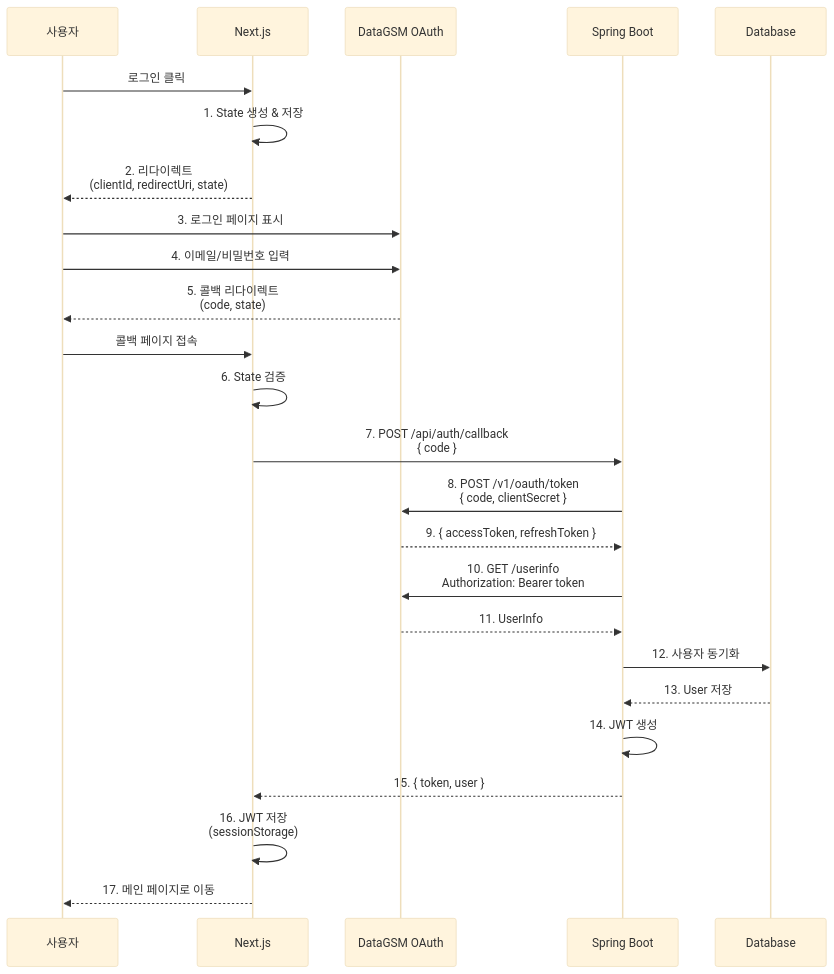
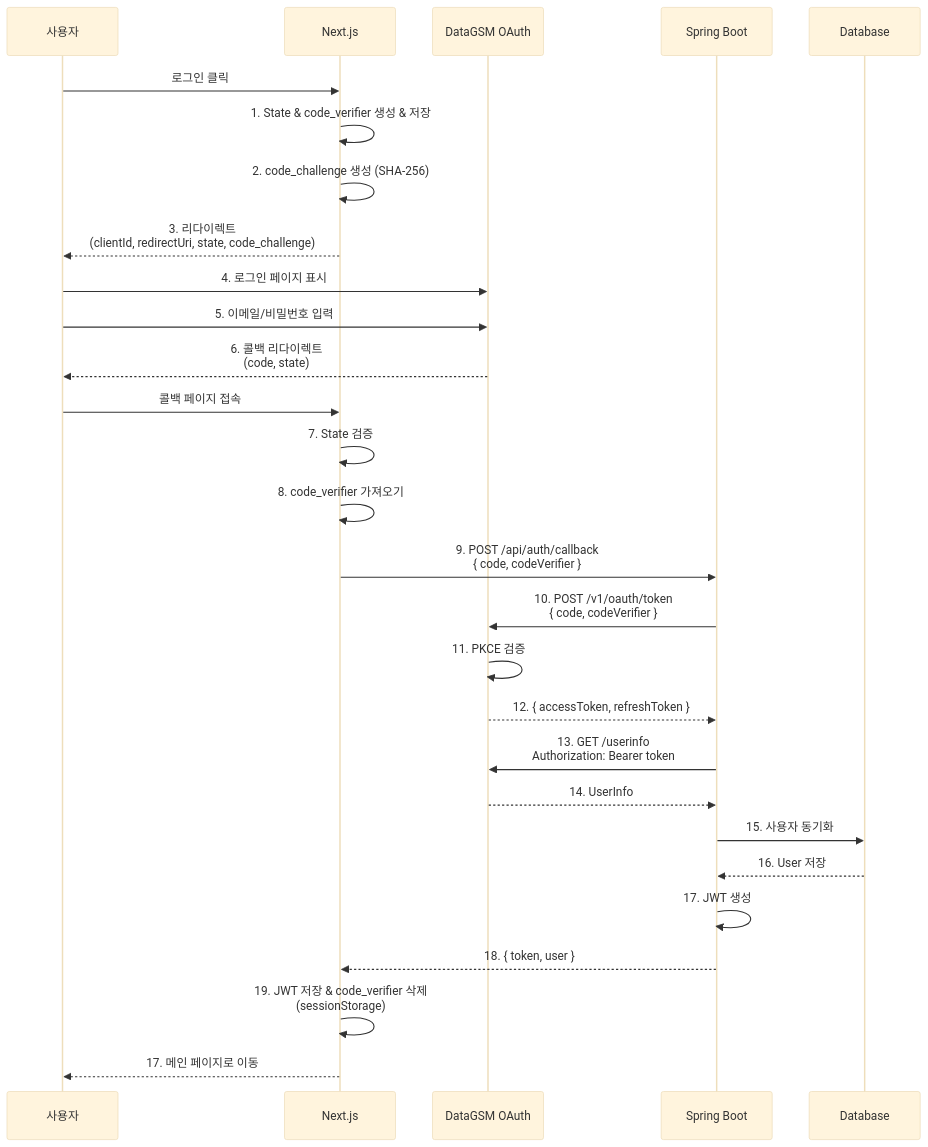
The fourth of 5 diagrams in apps/client/src/app/docs/oauth/examples/nextjs-spring-boot/page.mdx (themoment-team/datagsm-front), drawn with Mermaid (base theme) before and after one commit. The commit also changed other lines of this file and 10 other files, not shown here.

````diff
--- a/apps/client/src/app/docs/oauth/examples/nextjs-spring-boot/page.mdx
+++ b/apps/client/src/app/docs/oauth/examples/nextjs-spring-boot/page.mdx
@@ -1253,28 +1318,31 @@
 ```mermaid
 sequenceDiagram
     participant U as 사용자
     participant N as Next.js
     participant O as DataGSM OAuth
     participant S as Spring Boot
     participant D as Database
 
     U->>N: 로그인 클릭
-    N->>N: 1. State 생성 & 저장
-    N-->>U: 2. 리다이렉트<br/>(clientId, redirectUri, state)
-    U->>O: 3. 로그인 페이지 표시
-    U->>O: 4. 이메일/비밀번호 입력
-    O-->>U: 5. 콜백 리다이렉트<br/>(code, state)
+    N->>N: 1. State & code_verifier 생성 & 저장
+    N->>N: 2. code_challenge 생성 (SHA-256)
+    N-->>U: 3. 리다이렉트<br/>(clientId, redirectUri, state, code_challenge)
+    U->>O: 4. 로그인 페이지 표시
+    U->>O: 5. 이메일/비밀번호 입력
+    O-->>U: 6. 콜백 리다이렉트<br/>(code, state)
     U->>N: 콜백 페이지 접속
-    N->>N: 6. State 검증
-    N->>S: 7. POST /api/auth/callback<br/>{ code }
-    S->>O: 8. POST /v1/oauth/token<br/>{ code, clientSecret }
-    O-->>S: 9. { accessToken, refreshToken }
-    S->>O: 10. GET /userinfo<br/>Authorization: Bearer token
-    O-->>S: 11. UserInfo
-    S->>D: 12. 사용자 동기화
-    D-->>S: 13. User 저장
-    S->>S: 14. JWT 생성
-    S-->>N: 15. { token, user }
-    N->>N: 16. JWT 저장<br/>(sessionStorage)
+    N->>N: 7. State 검증
+    N->>N: 8. code_verifier 가져오기
+    N->>S: 9. POST /api/auth/callback<br/>{ code, codeVerifier }
+    S->>O: 10. POST /v1/oauth/token<br/>{ code, codeVerifier }
+    O->>O: 11. PKCE 검증
+    O-->>S: 12. { accessToken, refreshToken }
+    S->>O: 13. GET /userinfo<br/>Authorization: Bearer token
+    O-->>S: 14. UserInfo
+    S->>D: 15. 사용자 동기화
+    D-->>S: 16. User 저장
+    S->>S: 17. JWT 생성
+    S-->>N: 18. { token, user }
+    N->>N: 19. JWT 저장 & code_verifier 삭제<br/>(sessionStorage)
     N-->>U: 17. 메인 페이지로 이동
 ```
````
